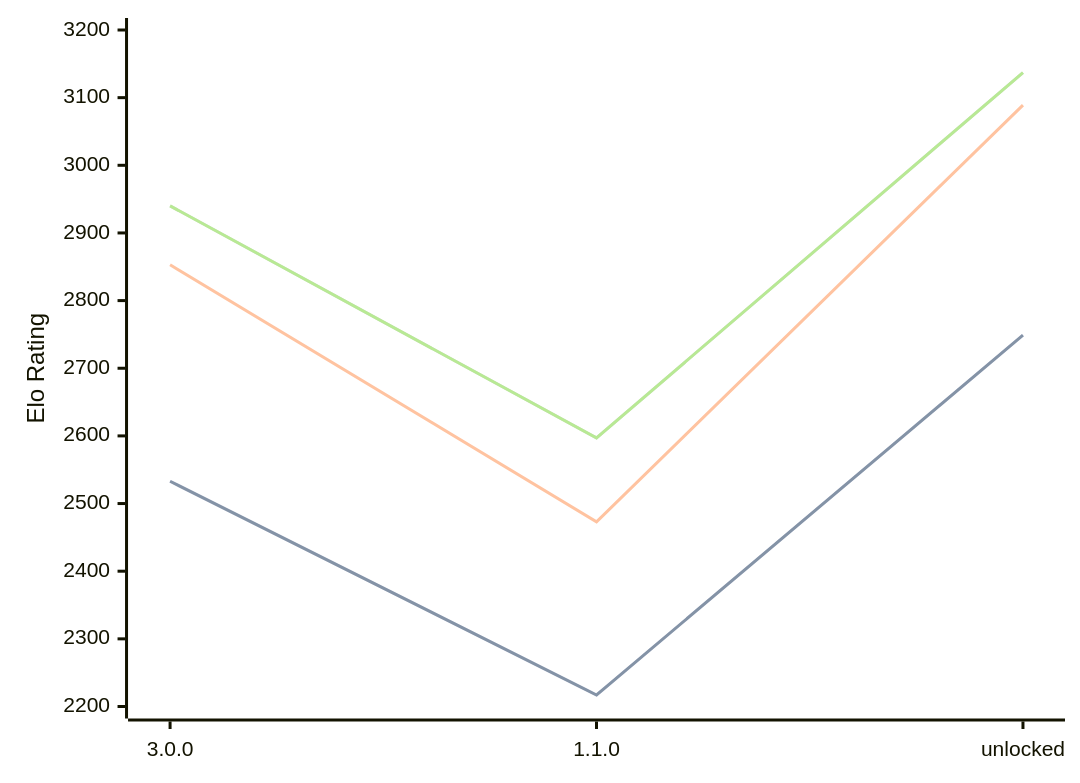
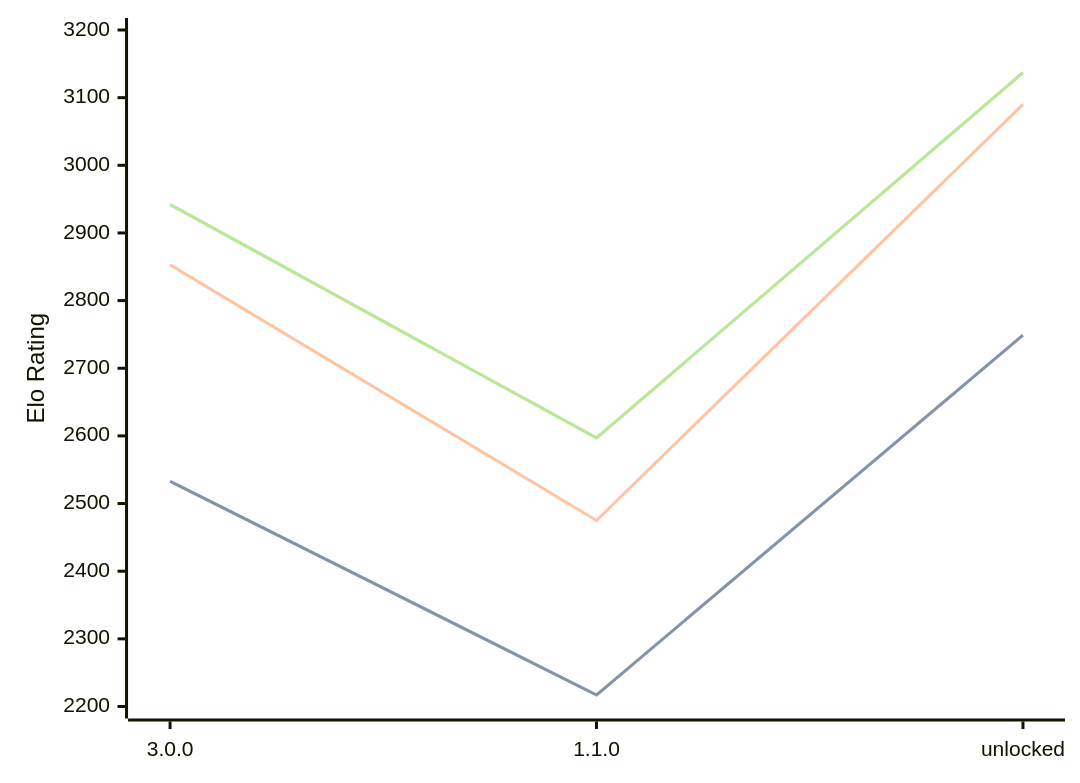
Before and after one commit to computer-chess-index/cci: the diagram in engines/Potential.md, drawn with Mermaid. The commit also changed other lines of this file, not shown here.

Commit message:
Update CCI Ratings (ELO VLTC) - 2026-08-23

````diff
--- a/engines/Potential.md
+++ b/engines/Potential.md
@@ -33,11 +33,11 @@
 ```mermaid
 %%{init: {"theme":"base","themeVariables":{"seriesColors:['#a3a3a3','#222221','#faa371']}}}%%
 xychart-beta
   x-axis ["3.0.0", "1.1.0", "unlocked"]
   y-axis "Elo Rating" 2200 --> 3200
   line "STC (8.0+0.08s)" [2533, 2217, 2749]
   line "STC (8.0+0.08s)" [2533, 2217, 2749]
-  line "LTC (60.0+0.60s)" [2853, 2473, 3089]
-  line "VLTC (2m24s+1.12s)" [2940, 2597, 3137]
-  line "VLTC (2m24s+1.12s)" [2940, 2597, 3137]
+  line "LTC (60.0+0.60s)" [2853, 2475, 3090]
+  line "VLTC (2m24s+1.12s)" [2942, 2597, 3137]
+  line "VLTC (2m24s+1.12s)" [2942, 2597, 3137]
 ```
````
